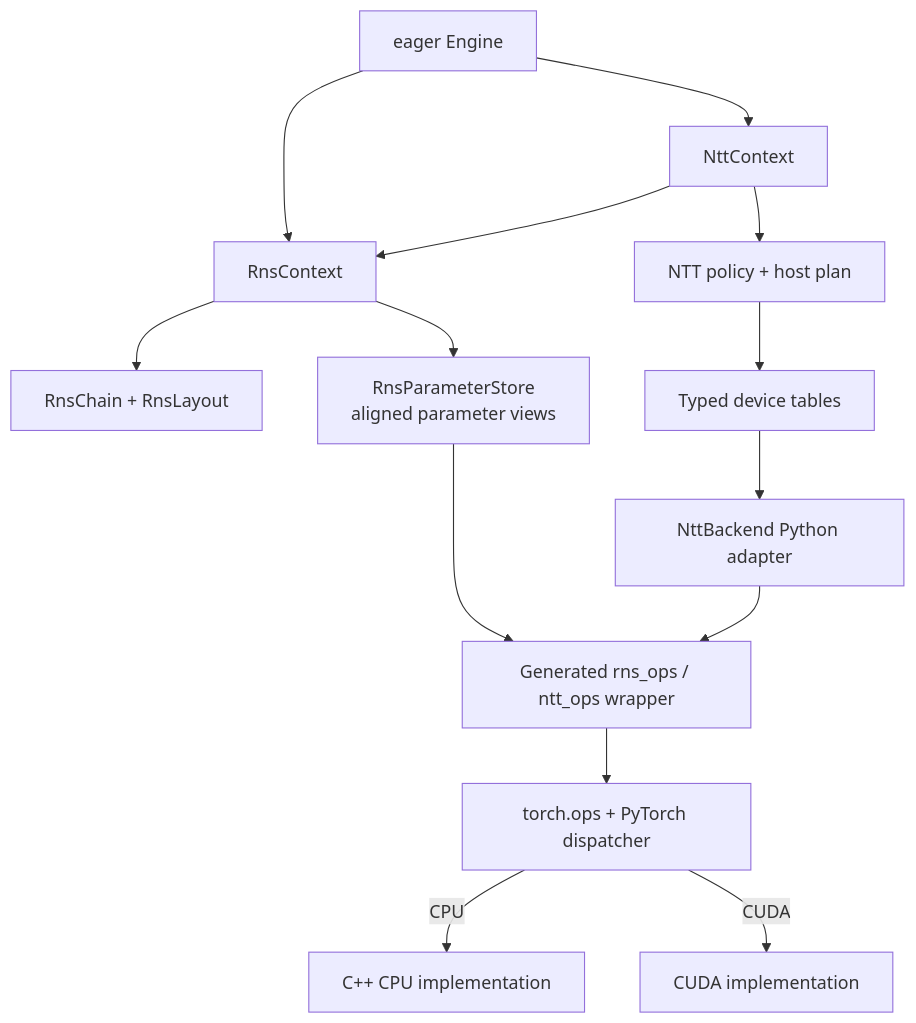
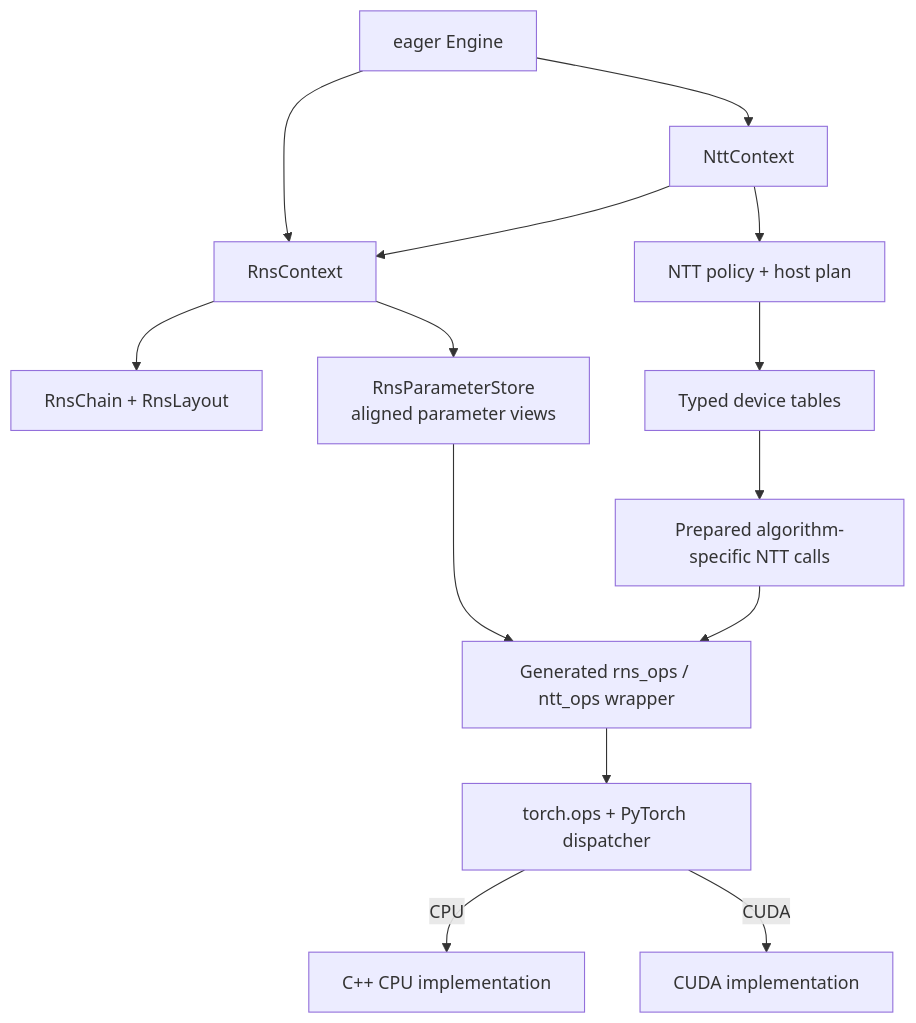
Before and after one commit to visualDust/fhelium: the second of 5 diagrams in docs/developer/rns-and-ntt.md, drawn with Mermaid. The commit also changed other lines of this file and 426 other files, not shown here.

````diff
--- a/docs/developer/rns-and-ntt.md
+++ b/docs/developer/rns-and-ntt.md
@@ -82,26 +62,26 @@
 ```mermaid
 graph TB
     ENG[eager Engine]
     RNSCTX[RnsContext]
     NTTCTX[NttContext]
     LAYOUT[RnsChain + RnsLayout]
     PARAM[RnsParameterStore<br/>aligned parameter views]
     PLAN[NTT policy + host plan]
     TABLE[Typed device tables]
-    BACKEND[NttBackend Python adapter]
+    BACKEND[Prepared algorithm-specific NTT calls]
     WRAP[Generated rns_ops / ntt_ops wrapper]
     DISP[torch.ops + PyTorch dispatcher]
     CPU[C++ CPU implementation]
     CUDA[CUDA implementation]
 
     ENG --> RNSCTX
     ENG --> NTTCTX
     NTTCTX --> RNSCTX
     RNSCTX --> LAYOUT
     RNSCTX --> PARAM
     NTTCTX --> PLAN --> TABLE --> BACKEND
     PARAM --> WRAP
     BACKEND --> WRAP --> DISP
     DISP -->|CPU| CPU
     DISP -->|CUDA| CUDA
 ```
````
